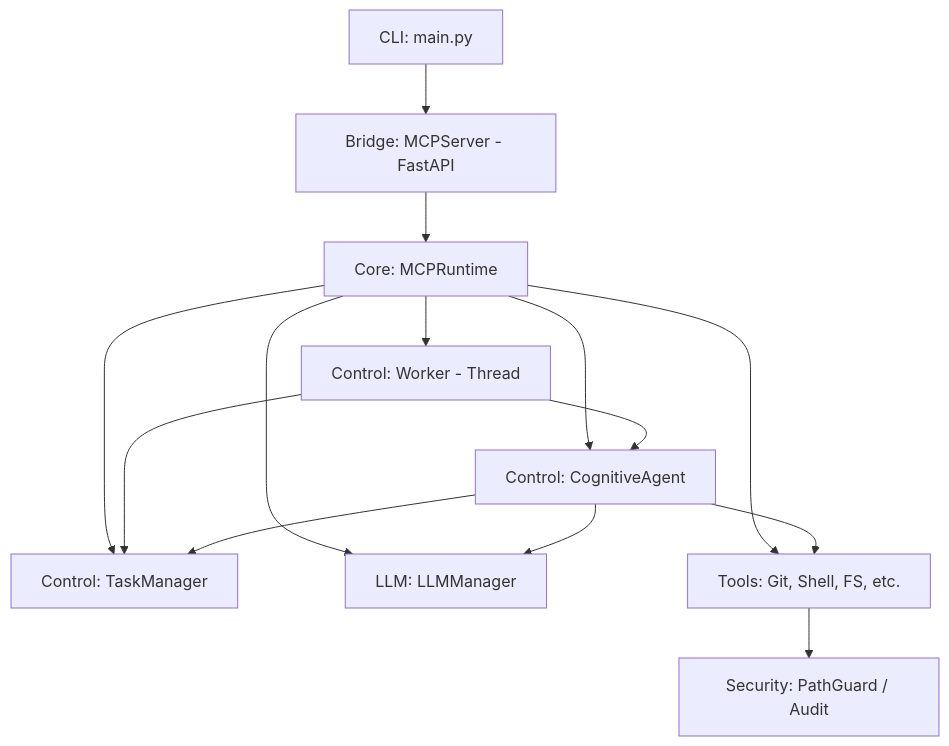
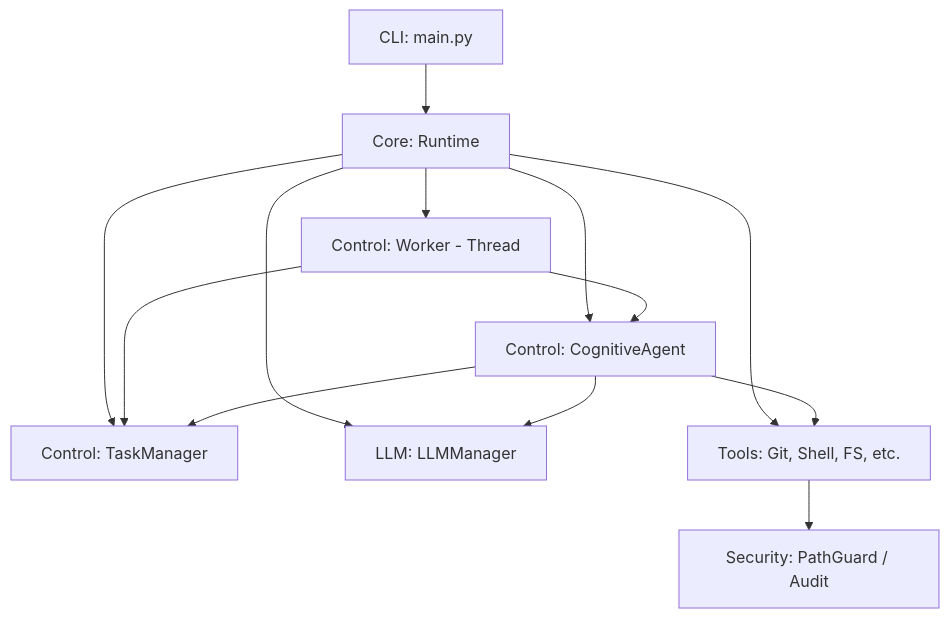
One commit to AndreVazao/DGM-MCP changed the first of 2 diagrams in ARCHITECTURE_MAP.md. Above: the diagram before and after it, drawn with Mermaid. The commit also changed other lines of this file and 4 other files, not shown here.

Commit message:
docs: define MCP v1.0 protocol architecture and implementation roadmap (#15)

````diff
--- a/ARCHITECTURE_MAP.md
+++ b/ARCHITECTURE_MAP.md
@@ -5,17 +5,16 @@
 ```mermaid
 graph TD
-    CLI[CLI: main.py] --> Bridge[Bridge: MCPServer - FastAPI]
-    Bridge --> Runtime[Core: MCPRuntime]
+    CLI[CLI: main.py] --> Runtime[Core: Runtime]
     Runtime --> Agent[Control: CognitiveAgent]
     Runtime --> Worker[Control: Worker - Thread]
     Runtime --> TM[Control: TaskManager]
     Runtime --> LLM[LLM: LLMManager]
     Runtime --> Tools[Tools: Git, Shell, FS, etc.]
 
     Worker --> TM
     Worker --> Agent
     Agent --> TM
     Agent --> LLM
     Agent --> Tools
     Tools --> Security[Security: PathGuard / Audit]
 ```
````
